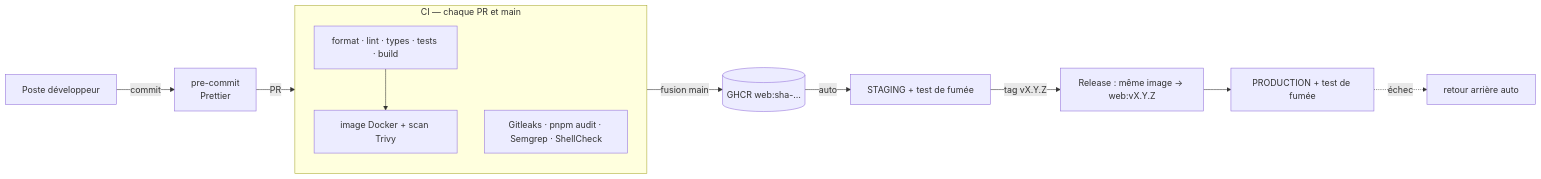
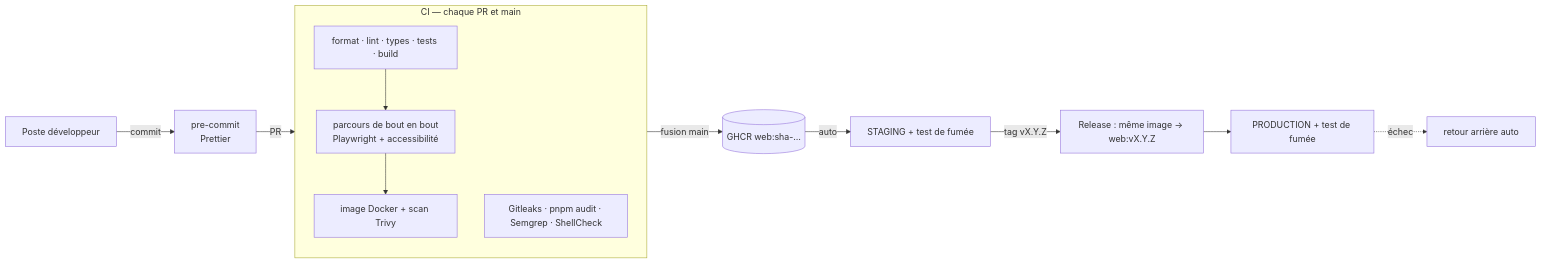
Before and after one commit to levy-kombila/kemdia: the sixth of 7 diagrams in docs/architecture/cahier-architecture.md, drawn with Mermaid. The commit also changed other lines of this file and 28 other files, not shown here.

````diff
--- a/docs/architecture/cahier-architecture.md
+++ b/docs/architecture/cahier-architecture.md
@@ -356,17 +373,18 @@
 ```mermaid
 flowchart LR
     dev[Poste développeur] -->|commit| hook[pre-commit<br/>Prettier]
     hook -->|PR| ci
     subgraph ci[CI — chaque PR et main]
       direction TB
       q[format · lint · types · tests · build]
+      e[parcours de bout en bout<br/>Playwright + accessibilité]
       i[image Docker + scan Trivy]
       s[Gitleaks · pnpm audit · Semgrep · ShellCheck]
-      q --> i
+      q --> e --> i
     end
     ci -->|fusion main| pub[(GHCR web:sha-…)]
     pub -->|auto| stg[STAGING + test de fumée]
     stg -->|tag vX.Y.Z| rel[Release : même image → web:vX.Y.Z]
     rel --> prod[PRODUCTION + test de fumée]
     prod -. échec .-> rb[retour arrière auto]
 ```
````
